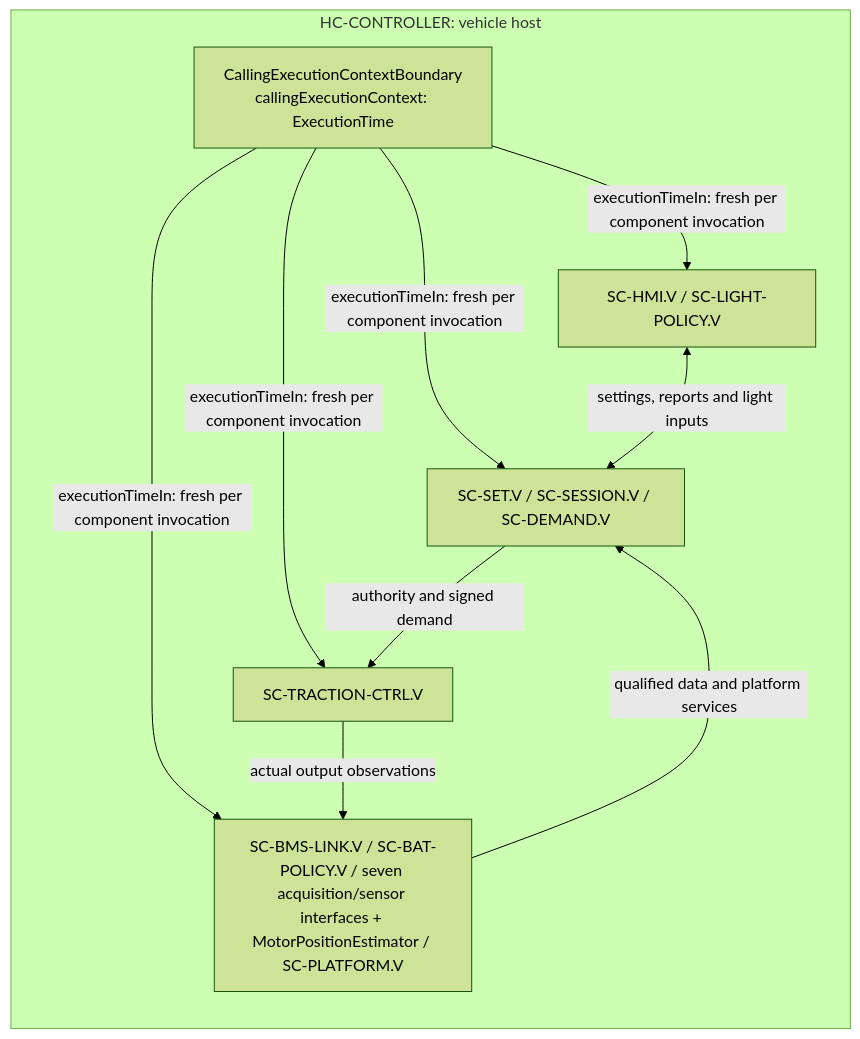
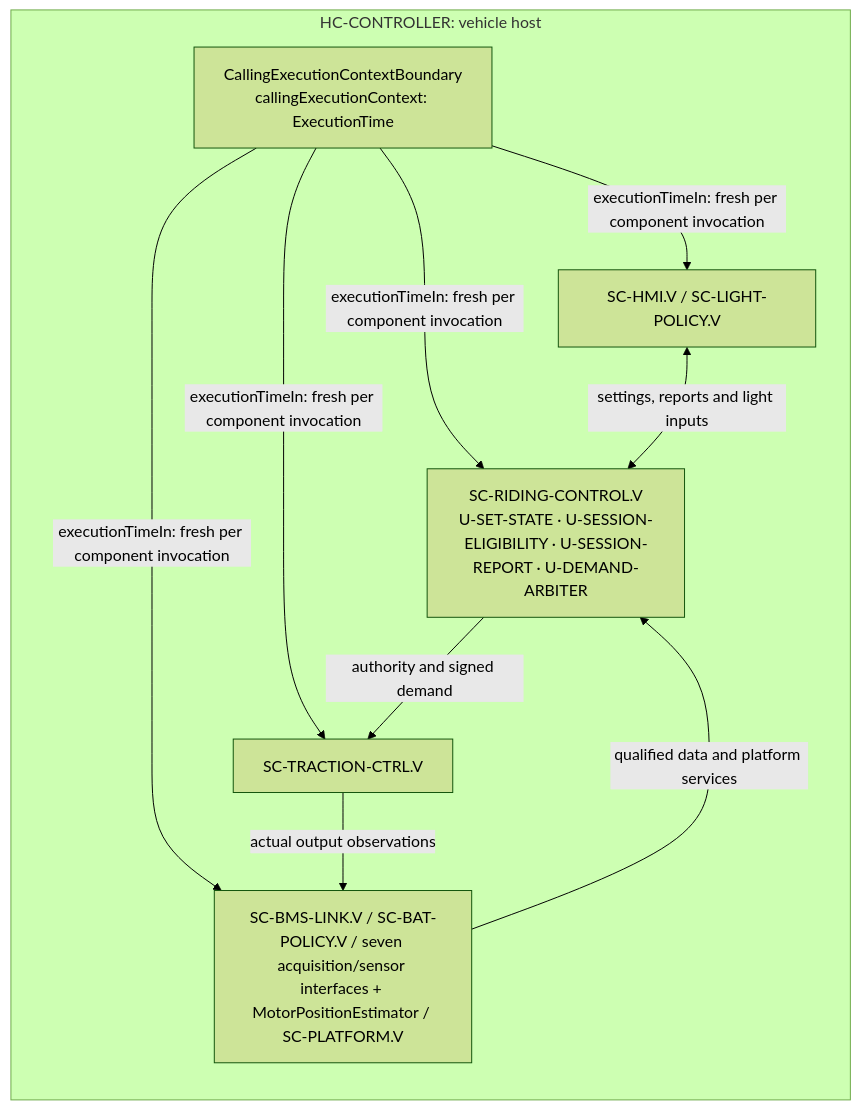
One commit to dhellhake/X2CityMCU changed the first of 4 diagrams in .devenv/Architecture/SoftwareArchitecture/ARCH-003_Software_Architecture.md. Above: the diagram before and after it, drawn with Mermaid (forest theme). The commit also changed other lines of this file and 93 other files, not shown here.

Commit message:
Refactored RidingControl on System Architecture

````diff
--- a/.devenv/Architecture/SoftwareArchitecture/ARCH-003_Software_Architecture.md
+++ b/.devenv/Architecture/SoftwareArchitecture/ARCH-003_Software_Architecture.md
@@ -53,18 +51,19 @@
 ```mermaid
 flowchart LR
     subgraph Vehicle["HC-CONTROLLER: vehicle host"]
         CALL[CallingExecutionContextBoundary\ncallingExecutionContext: ExecutionTime]
-        VPolicy["SC-SET.V / SC-SESSION.V / SC-DEMAND.V"]
+        VPolicy["SC-RIDING-CONTROL.V
+U-SET-STATE · U-SESSION-ELIGIBILITY · U-SESSION-REPORT · U-DEMAND-ARBITER"]
         VIO["SC-HMI.V / SC-LIGHT-POLICY.V"]
         VDrive["SC-TRACTION-CTRL.V"]
         VCommon["SC-BMS-LINK.V / SC-BAT-POLICY.V / seven acquisition/sensor interfaces + MotorPositionEstimator / SC-PLATFORM.V"]
     end
     VCommon -->|qualified data and platform services| VPolicy
     CALL -->|executionTimeIn: fresh per component invocation| VPolicy
     CALL -->|executionTimeIn: fresh per component invocation| VIO
     CALL -->|executionTimeIn: fresh per component invocation| VDrive
     CALL -->|executionTimeIn: fresh per component invocation| VCommon
     VPolicy -->|authority and signed demand| VDrive
     VDrive -->|actual output observations| VCommon
     VIO <-->|settings, reports and light inputs| VPolicy
 ```
````
